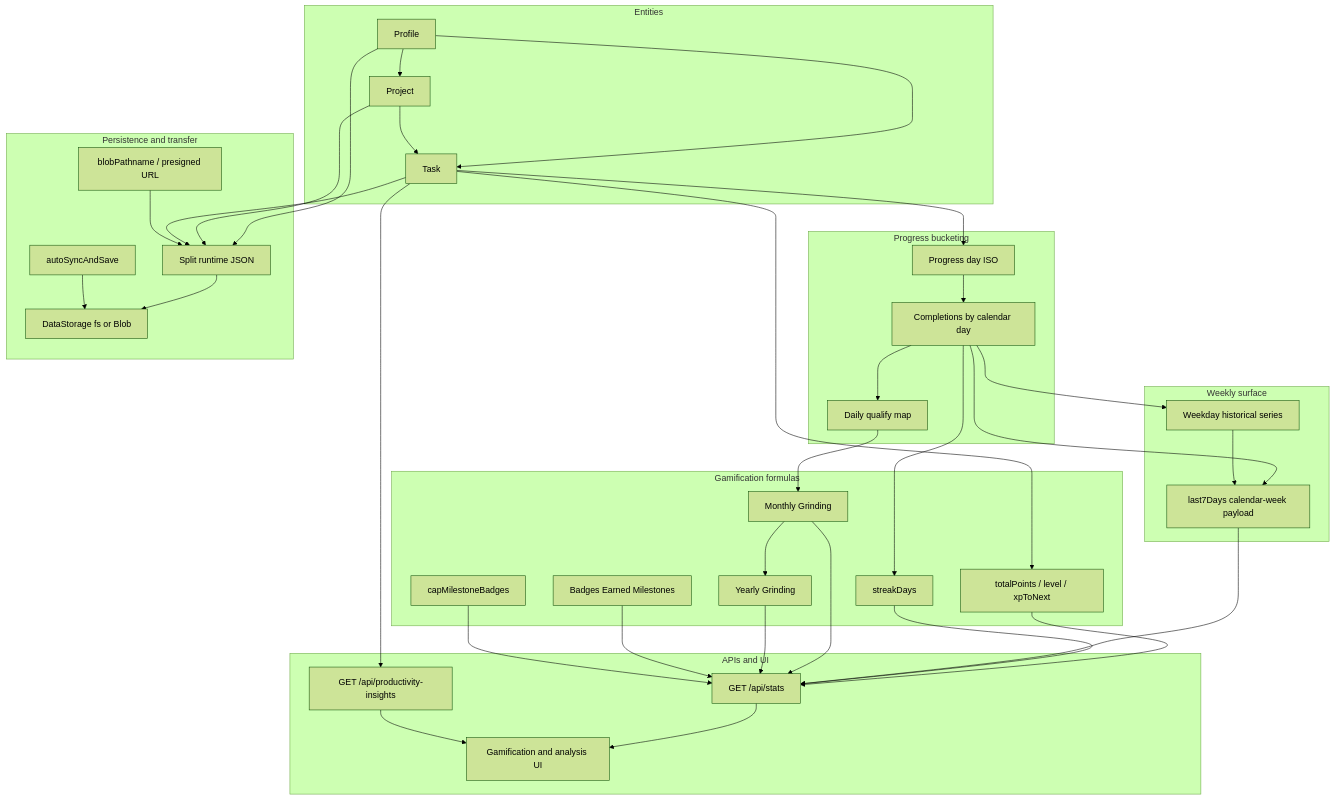
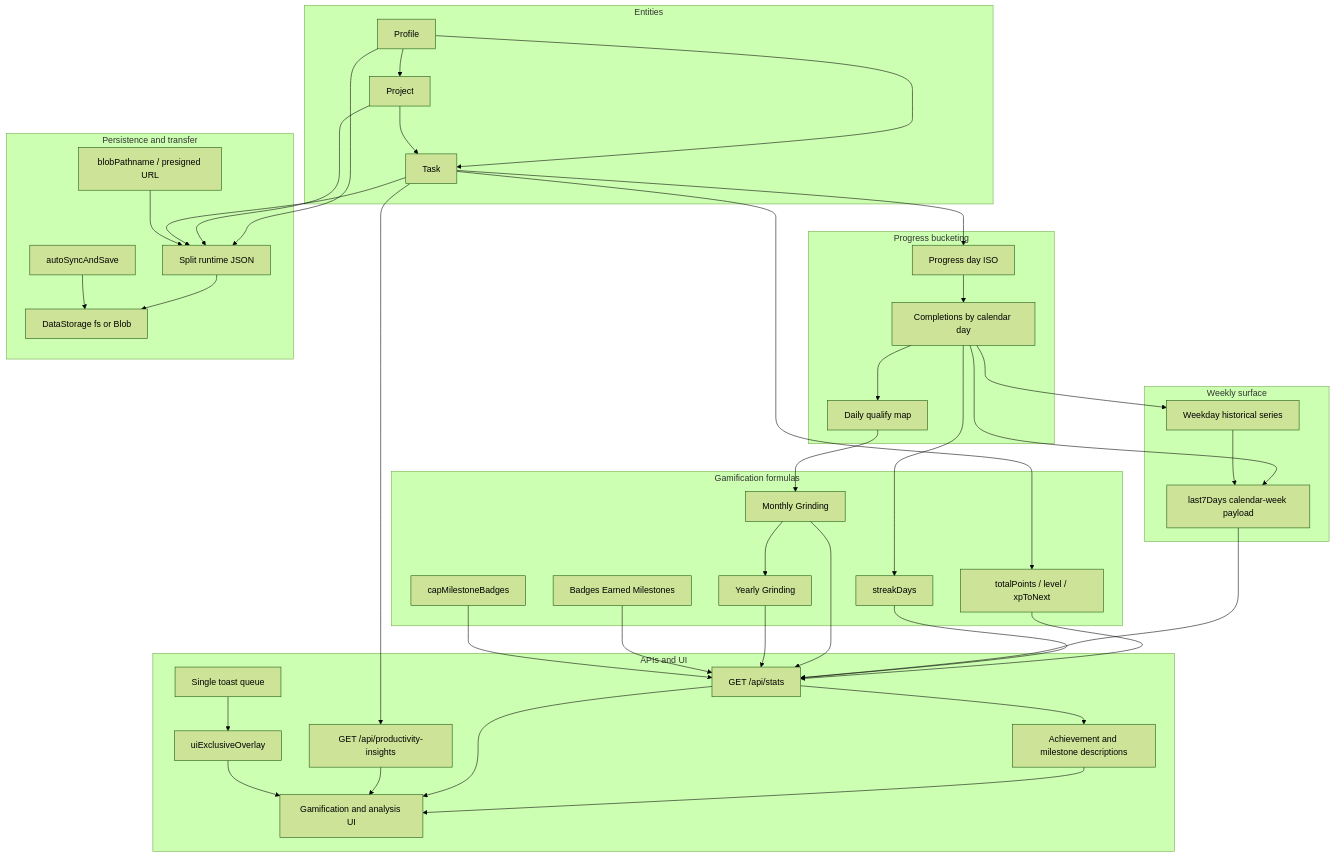
The diagram in docs/VARIABLES.md (RifqiMT/focista-schedulo), drawn with Mermaid (forest theme) before and after one commit. The commit also changed other lines of this file and 32 other files, not shown here.

First line of the commit message:
feat: exclusive tooltips, single-toast UX, and clearer gamification copy

````diff
--- a/docs/VARIABLES.md
+++ b/docs/VARIABLES.md
@@ -12,71 +12,78 @@
 ```mermaid
 flowchart TB
   subgraph Entities
     Profile[Profile]
     Project[Project]
     Task[Task]
   end
 
   subgraph Progress bucketing
     PD[Progress day ISO]
     CBD[Completions by calendar day]
     DQ[Daily qualify map]
   end
 
   subgraph Weekly surface
     WTS[Weekday historical series]
     L7[last7Days calendar-week payload]
   end
 
   subgraph Gamification formulas
     XP[totalPoints / level / xpToNext]
     Streak[streakDays]
     MG[Monthly Grinding]
     YG[Yearly Grinding]
     BEM[Badges Earned Milestones]
     Cap[capMilestoneBadges]
   end
 
   subgraph APIs and UI
     Stats[GET /api/stats]
     Insights[GET /api/productivity-insights]
+    Desc[Achievement and milestone descriptions]
     UI[Gamification and analysis UI]
+    Overlay[uiExclusiveOverlay]
+    Toast[Single toast queue]
   end
 
   subgraph Persistence and transfer
     Runtime[Split runtime JSON]
     Store[DataStorage fs or Blob]
     BlobXfer[blobPathname / presigned URL]
     Auto[autoSyncAndSave]
   end
 
   Profile --> Project
   Profile --> Task
   Project --> Task
   Task --> PD
   PD --> CBD
   CBD --> DQ
   CBD --> WTS
   CBD --> L7
   WTS --> L7
   Task --> XP
   CBD --> Streak
   DQ --> MG
   MG --> YG
   XP --> Stats
   Streak --> Stats
   L7 --> Stats
   MG --> Stats
   YG --> Stats
   BEM --> Stats
   Cap --> Stats
+  Stats --> Desc
+  Desc --> UI
   Stats --> UI
   Task --> Insights
   Insights --> UI
+  Overlay --> UI
+  Toast --> Overlay
   Profile --> Runtime
   Project --> Runtime
   Task --> Runtime
   Runtime --> Store
   BlobXfer --> Runtime
   Auto --> Store
 ```
````
